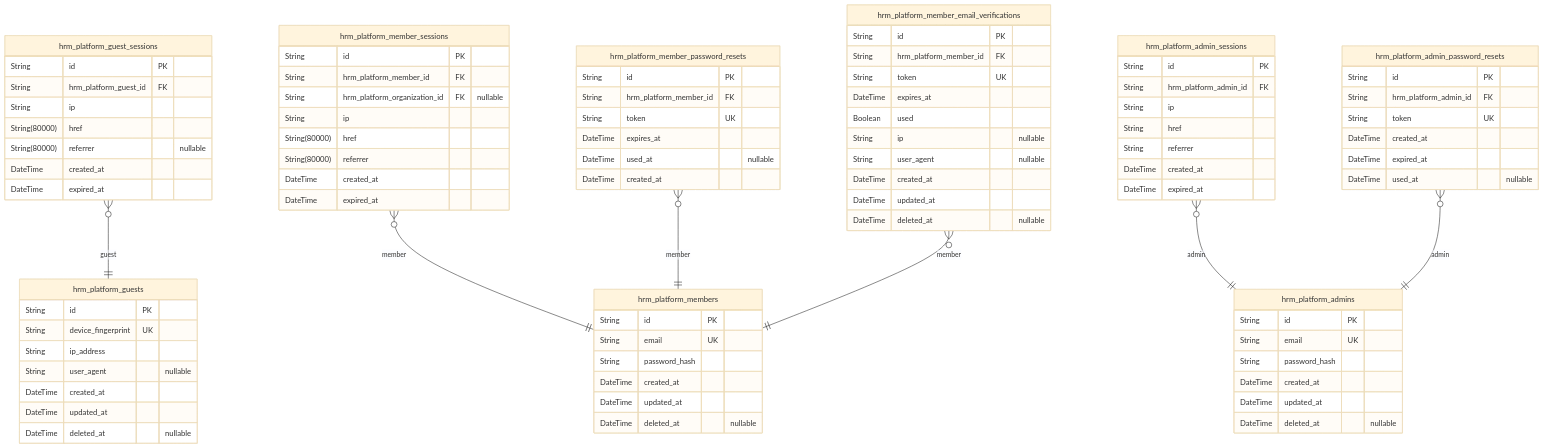
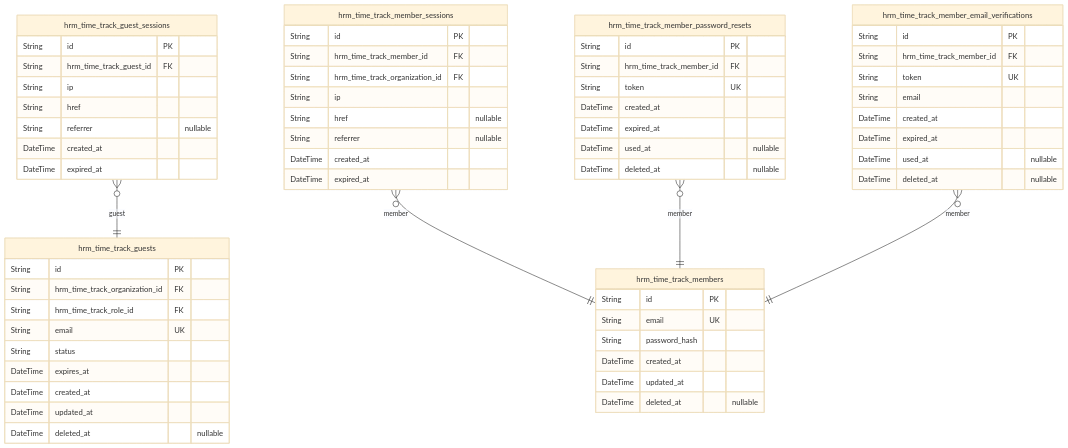
Before and after one commit to wrtnlabs/autobe-examples: the first of 5 diagrams in qwen/qwen3.5-27b/erp/docs/ERD.md, drawn with Mermaid (base theme). The commit also changed other lines of this file and 32093 other files, not shown here.

````diff
--- a/qwen/qwen3.5-27b/erp/docs/ERD.md
+++ b/qwen/qwen3.5-27b/erp/docs/ERD.md
@@ -16,24 +13,26 @@
 ```mermaid
 erDiagram
-"hrm_platform_guests" {
+"hrm_time_track_guests" {
   String id PK
-  String device_fingerprint UK
-  String ip_address
-  String user_agent "nullable"
+  String hrm_time_track_organization_id FK
+  String hrm_time_track_role_id FK
+  String email UK
+  String status
+  DateTime expires_at
   DateTime created_at
   DateTime updated_at
   DateTime deleted_at "nullable"
 }
-"hrm_platform_guest_sessions" {
+"hrm_time_track_guest_sessions" {
   String id PK
-  String hrm_platform_guest_id FK
+  String hrm_time_track_guest_id FK
   String ip
-  String(80000) href
-  String(80000) referrer "nullable"
+  String href
+  String referrer "nullable"
   DateTime created_at
   DateTime expired_at
 }
-"hrm_platform_members" {
+"hrm_time_track_members" {
   String id PK
   String email UK
   String password_hash
@@ -41,65 +40,37 @@
   DateTime updated_at
   DateTime deleted_at "nullable"
 }
-"hrm_platform_member_sessions" {
+"hrm_time_track_member_sessions" {
   String id PK
-  String hrm_platform_member_id FK
-  String hrm_platform_organization_id FK "nullable"
+  String hrm_time_track_member_id FK
+  String hrm_time_track_organization_id FK
   String ip
-  String(80000) href
-  String(80000) referrer
+  String href "nullable"
+  String referrer "nullable"
   DateTime created_at
   DateTime expired_at
 }
-"hrm_platform_member_password_resets" {
+"hrm_time_track_member_password_resets" {
   String id PK
-  String hrm_platform_member_id FK
-  String token UK
-  DateTime expires_at
-  DateTime used_at "nullable"
-  DateTime created_at
-}
-"hrm_platform_member_email_verifications" {
-  String id PK
-  String hrm_platform_member_id FK
-  String token UK
-  DateTime expires_at
-  Boolean used
-  String ip "nullable"
-  String user_agent "nullable"
-  DateTime created_at
-  DateTime updated_at
-  DateTime deleted_at "nullable"
-}
-"hrm_platform_admins" {
-  String id PK
-  String email UK
-  String password_hash
-  DateTime created_at
-  DateTime updated_at
-  DateTime deleted_at "nullable"
-}
-"hrm_platform_admin_sessions" {
-  String id PK
-  String hrm_platform_admin_id FK
-  String ip
-  String href
-  String referrer
-  DateTime created_at
-  DateTime expired_at
-}
-"hrm_platform_admin_password_resets" {
-  String id PK
-  String hrm_platform_admin_id FK
+  String hrm_time_track_member_id FK
   String token UK
   DateTime created_at
   DateTime expired_at
   DateTime used_at "nullable"
+  DateTime deleted_at "nullable"
 }
-"hrm_platform_guest_sessions" }o--|| "hrm_platform_guests" : guest
-"hrm_platform_member_sessions" }o--|| "hrm_platform_members" : member
-"hrm_platform_member_password_resets" }o--|| "hrm_platform_members" : member
-"hrm_platform_member_email_verifications" }o--|| "hrm_platform_members" : member
-"hrm_platform_admin_sessions" }o--|| "hrm_platform_admins" : admin
-"hrm_platform_admin_password_resets" }o--|| "hrm_platform_admins" : admin
+"hrm_time_track_member_email_verifications" {
+  String id PK
+  String hrm_time_track_member_id FK
+  String token UK
+  String email
+  DateTime created_at
+  DateTime expired_at
+  DateTime used_at "nullable"
+  DateTime deleted_at "nullable"
+}
+"hrm_time_track_guest_sessions" }o--|| "hrm_time_track_guests" : guest
+"hrm_time_track_member_sessions" }o--|| "hrm_time_track_members" : member
+"hrm_time_track_member_password_resets" }o--|| "hrm_time_track_members" : member
+"hrm_time_track_member_email_verifications" }o--|| "hrm_time_track_members" : member
 ```
````
